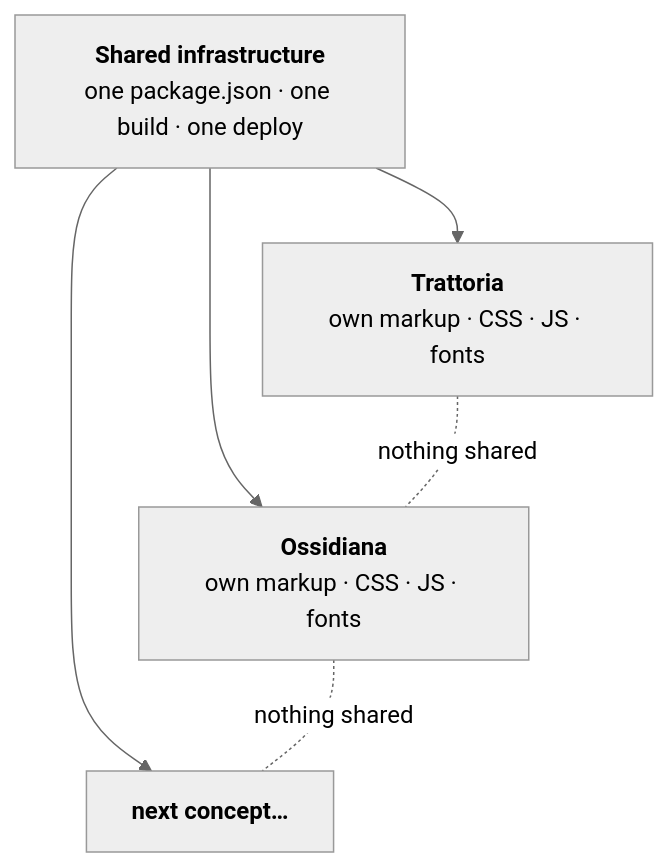
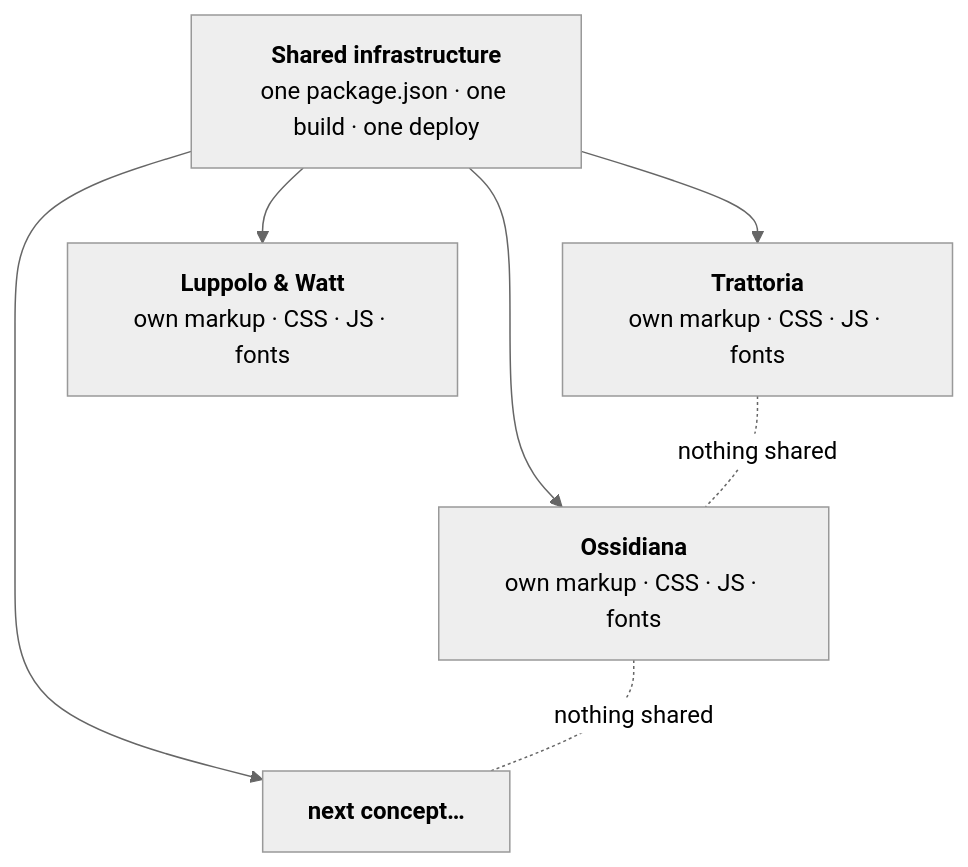
Before and after one commit to Loop-Studio-Web/vetrine: the diagram in README.md, drawn with Mermaid (neutral theme). The commit also changed other lines of this file and 21 other files, not shown here.

````diff
--- a/README.md
+++ b/README.md
@@ -95,9 +113,10 @@
 ```mermaid
 flowchart TB
     infra["<b>Shared infrastructure</b><br/>one package.json · one build · one deploy"]
     infra --> T["<b>Trattoria</b><br/>own markup · CSS · JS · fonts"]
     infra --> O["<b>Ossidiana</b><br/>own markup · CSS · JS · fonts"]
+    infra --> R["<b>Luppolo & Watt</b><br/>own markup · CSS · JS · fonts"]
     infra --> N["<b>next concept…</b>"]
     T -.-|nothing shared| O
     O -.-|nothing shared| N
 ```
````
